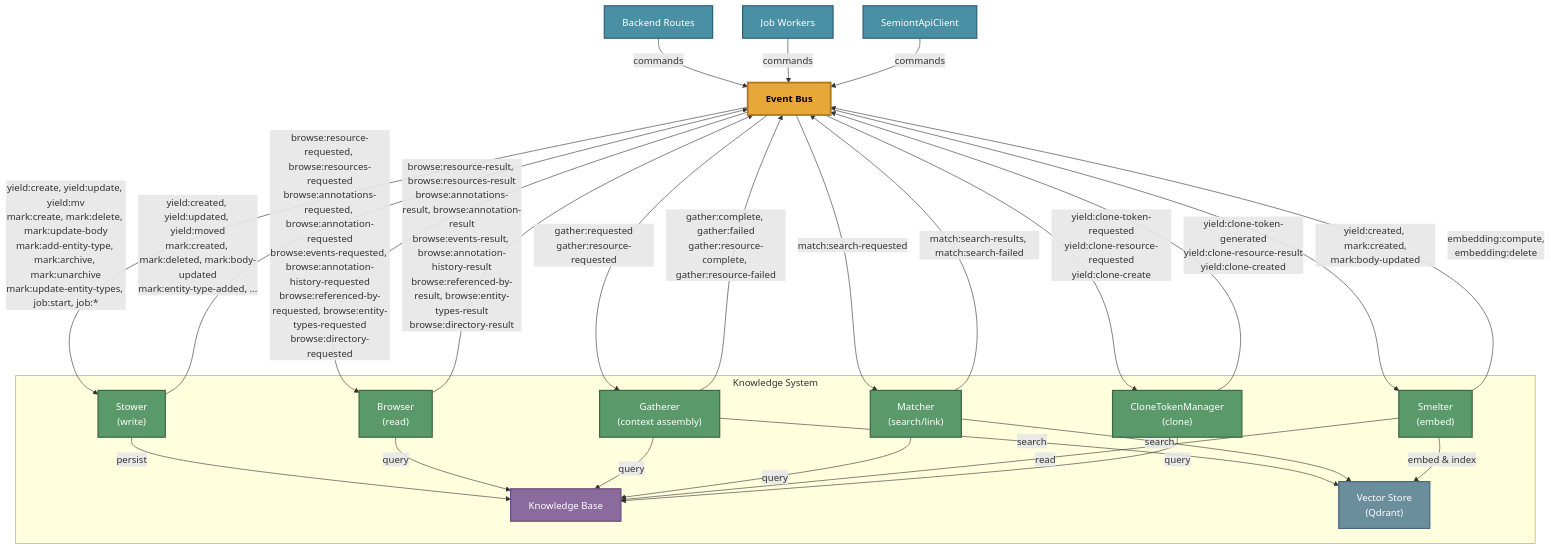
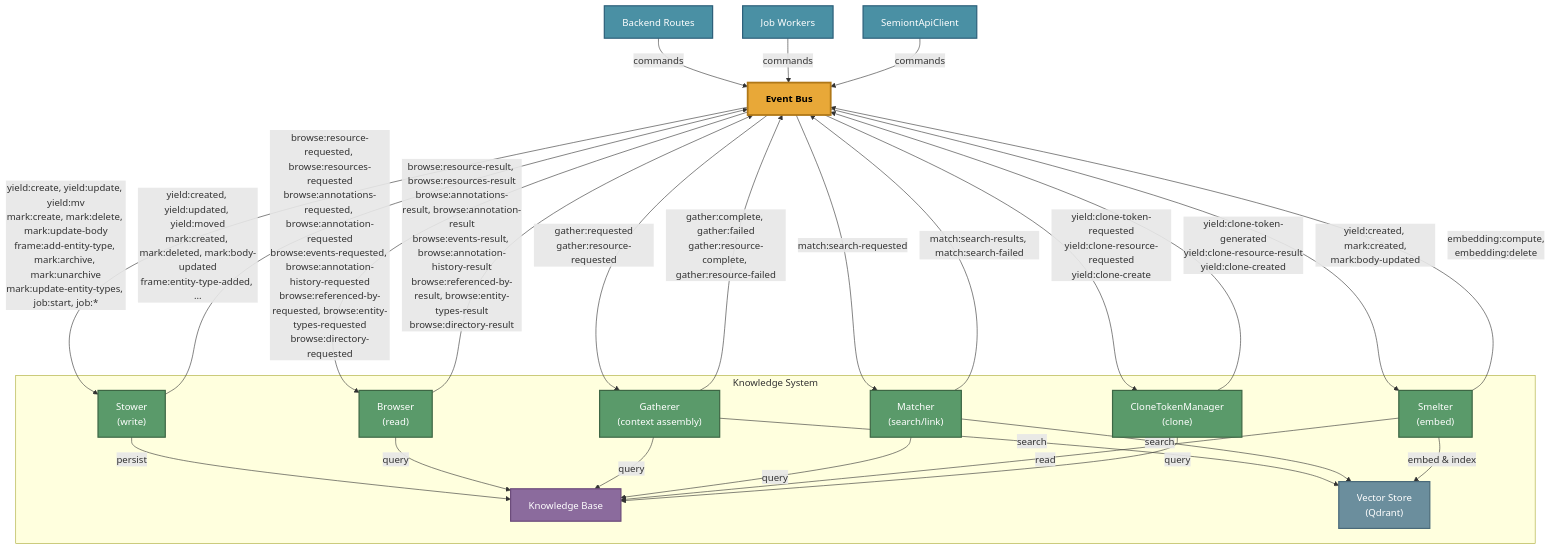
One commit to The-AI-Alliance/semiont changed the diagram in packages/make-meaning/README.md. Above: the diagram before and after it, drawn with Mermaid. The commit also changed 61 other files, not shown here.

````diff
--- a/packages/make-meaning/README.md
+++ b/packages/make-meaning/README.md
@@ -92,52 +92,52 @@
 ```mermaid
 graph TB
     Routes["Backend Routes"] -->|commands| BUS["Event Bus"]
     Workers["Job Workers"] -->|commands| BUS
     EBC["SemiontApiClient"] -->|commands| BUS
 
     subgraph ks ["Knowledge System"]
         STOWER["Stower<br/>(write)"]
         BROWSER["Browser<br/>(read)"]
         GATHERER["Gatherer<br/>(context assembly)"]
         MATCHER["Matcher<br/>(search/link)"]
         SMELTER["Smelter<br/>(embed)"]
         CTM["CloneTokenManager<br/>(clone)"]
         KB["Knowledge Base"]
         VECTORS["Vector Store<br/>(Qdrant)"]
         STOWER -->|persist| KB
         BROWSER -->|query| KB
         GATHERER -->|query| KB
         GATHERER -->|search| VECTORS
         MATCHER -->|query| KB
         MATCHER -->|search| VECTORS
         SMELTER -->|embed & index| VECTORS
         SMELTER -->|read| KB
         CTM -->|query| KB
     end
 
-    BUS -->|"yield:create, yield:update, yield:mv<br/>mark:create, mark:delete, mark:update-body<br/>mark:add-entity-type, mark:archive, mark:unarchive<br/>mark:update-entity-types, job:start, job:*"| STOWER
+    BUS -->|"yield:create, yield:update, yield:mv<br/>mark:create, mark:delete, mark:update-body<br/>frame:add-entity-type, mark:archive, mark:unarchive<br/>mark:update-entity-types, job:start, job:*"| STOWER
     BUS -->|"browse:resource-requested, browse:resources-requested<br/>browse:annotations-requested, browse:annotation-requested<br/>browse:events-requested, browse:annotation-history-requested<br/>browse:referenced-by-requested, browse:entity-types-requested<br/>browse:directory-requested"| BROWSER
     BUS -->|"gather:requested<br/>gather:resource-requested"| GATHERER
     BUS -->|"match:search-requested"| MATCHER
     BUS -->|"yield:created, mark:created,<br/>mark:body-updated"| SMELTER
     BUS -->|"yield:clone-token-requested<br/>yield:clone-resource-requested<br/>yield:clone-create"| CTM
 
-    STOWER -->|"yield:created, yield:updated, yield:moved<br/>mark:created, mark:deleted, mark:body-updated<br/>mark:entity-type-added, ..."| BUS
+    STOWER -->|"yield:created, yield:updated, yield:moved<br/>mark:created, mark:deleted, mark:body-updated<br/>frame:entity-type-added, ..."| BUS
     BROWSER -->|"browse:resource-result, browse:resources-result<br/>browse:annotations-result, browse:annotation-result<br/>browse:events-result, browse:annotation-history-result<br/>browse:referenced-by-result, browse:entity-types-result<br/>browse:directory-result"| BUS
     GATHERER -->|"gather:complete, gather:failed<br/>gather:resource-complete, gather:resource-failed"| BUS
     MATCHER -->|"match:search-results, match:search-failed"| BUS
     SMELTER -->|"embedding:compute,<br/>embedding:delete"| BUS
     CTM -->|"yield:clone-token-generated<br/>yield:clone-resource-result<br/>yield:clone-created"| BUS
 
     classDef bus fill:#e8a838,stroke:#b07818,stroke-width:3px,color:#000,font-weight:bold
     classDef actor fill:#5a9a6a,stroke:#3d6644,stroke-width:2px,color:#fff
     classDef kb fill:#8b6b9d,stroke:#6b4a7a,stroke-width:2px,color:#fff
     classDef caller fill:#4a90a4,stroke:#2c5f7a,stroke-width:2px,color:#fff
 
     class BUS bus
     classDef vectorstore fill:#6b8e9d,stroke:#4a6a7a,stroke-width:2px,color:#fff
     class STOWER,BROWSER,GATHERER,MATCHER,SMELTER,CTM actor
     class KB kb
     class VECTORS vectorstore
     class Routes,Workers,EBC caller
 ```
````
